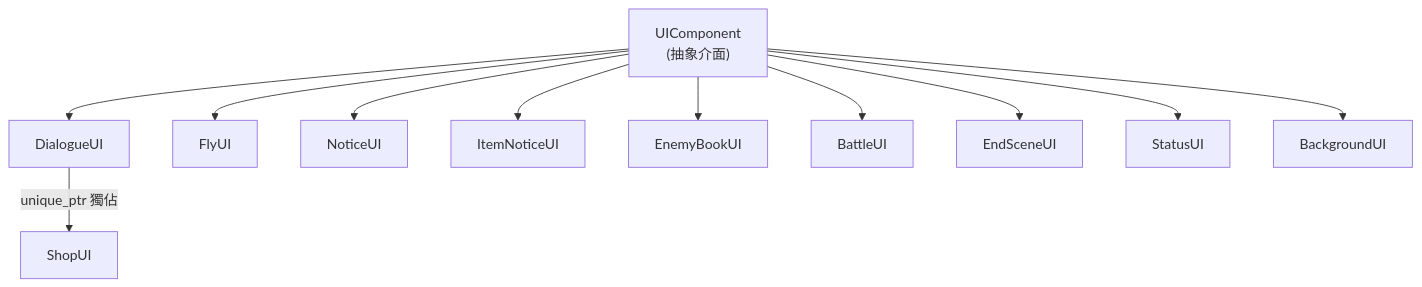
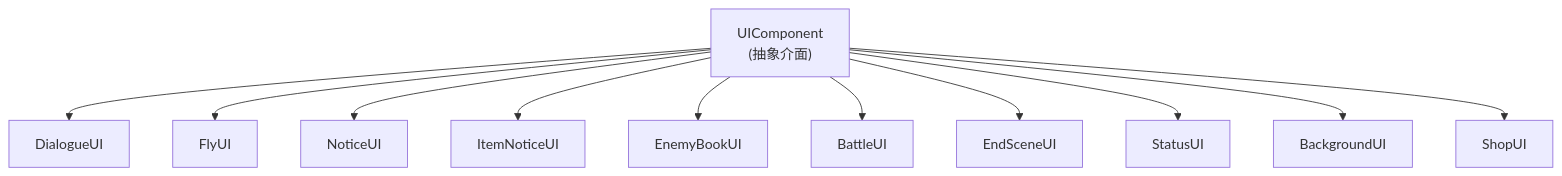
One commit to XWJWPIY/schoolwork_recreate_magic_tower changed the third of 7 diagrams in 2026OOPL_Final.md. Above: the diagram before and after it, drawn with Mermaid. The commit also changed other lines of this file, not shown here.

````diff
--- a/2026OOPL_Final.md
+++ b/2026OOPL_Final.md
@@ -266,13 +266,13 @@
 ```mermaid
 graph TD
     UI["UIComponent<br/>(抽象介面)"] --> DialogueUI
     UI --> FlyUI
     UI --> NoticeUI
     UI --> ItemNoticeUI
     UI --> EnemyBookUI
     UI --> BattleUI
     UI --> EndSceneUI
     UI --> StatusUI
     UI --> BackgroundUI
-    DialogueUI -- "unique_ptr 獨佔" --> ShopUI
+    UI --> ShopUI
 ```
````
